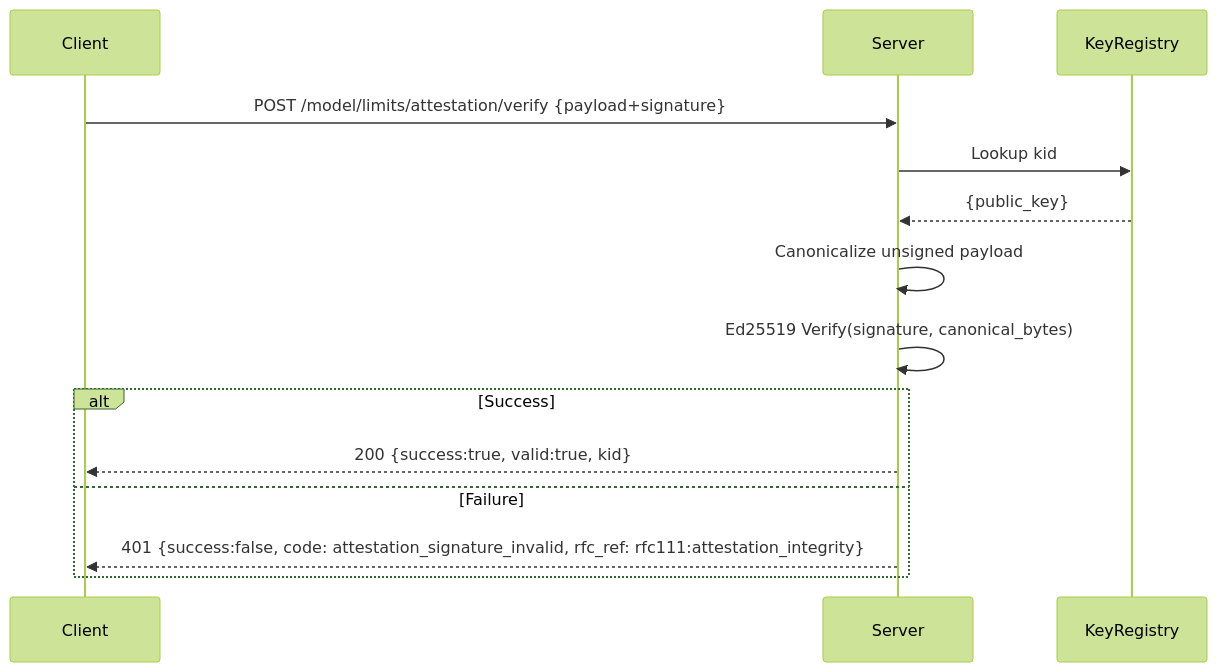
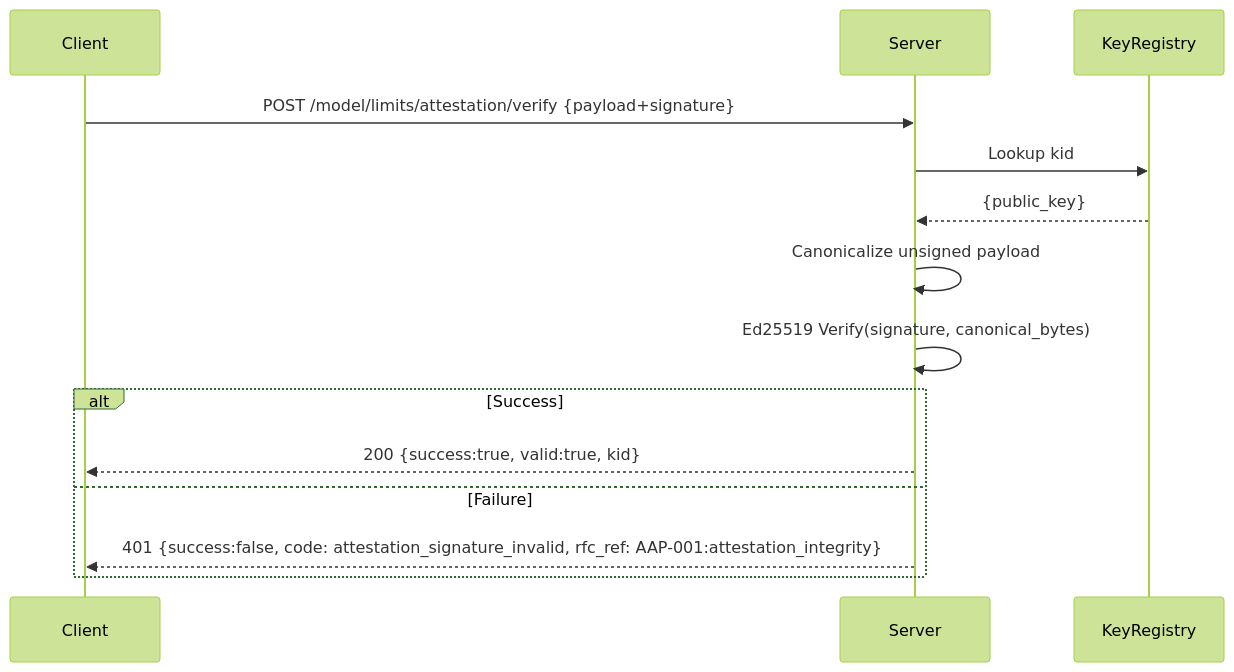
One commit to mauriciomferz/Gauth_go changed the fourth of 14 diagrams in docs/diagrams.md. Above: the diagram before and after it, drawn with Mermaid (forest theme). The commit also changed other lines of this file and 305 other files, not shown here.

````diff
--- a/docs/diagrams.md
+++ b/docs/diagrams.md
@@ -62,16 +62,16 @@
 ```mermaid
 sequenceDiagram
   participant Client
   participant Server
   participant KeyRegistry
   Client->>Server: POST /model/limits/attestation/verify {payload+signature}
   Server->>KeyRegistry: Lookup kid
   KeyRegistry-->>Server: {public_key}
   Server->>Server: Canonicalize unsigned payload
   Server->>Server: Ed25519 Verify(signature, canonical_bytes)
   alt Success
     Server-->>Client: 200 {success:true, valid:true, kid}
   else Failure
-    Server-->>Client: 401 {success:false, code: attestation_signature_invalid, rfc_ref: rfc111:attestation_integrity}
+    Server-->>Client: 401 {success:false, code: attestation_signature_invalid, rfc_ref: AAP-001:attestation_integrity}
   end
 ```
````
